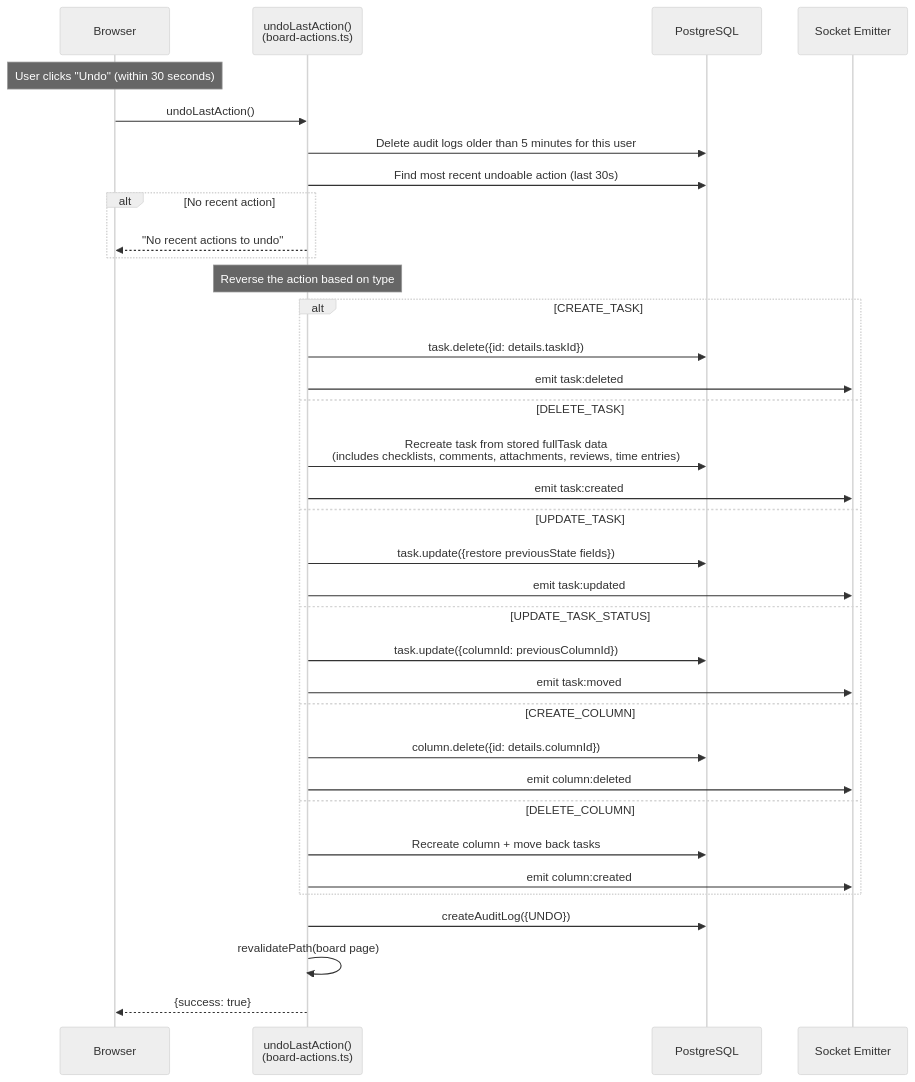
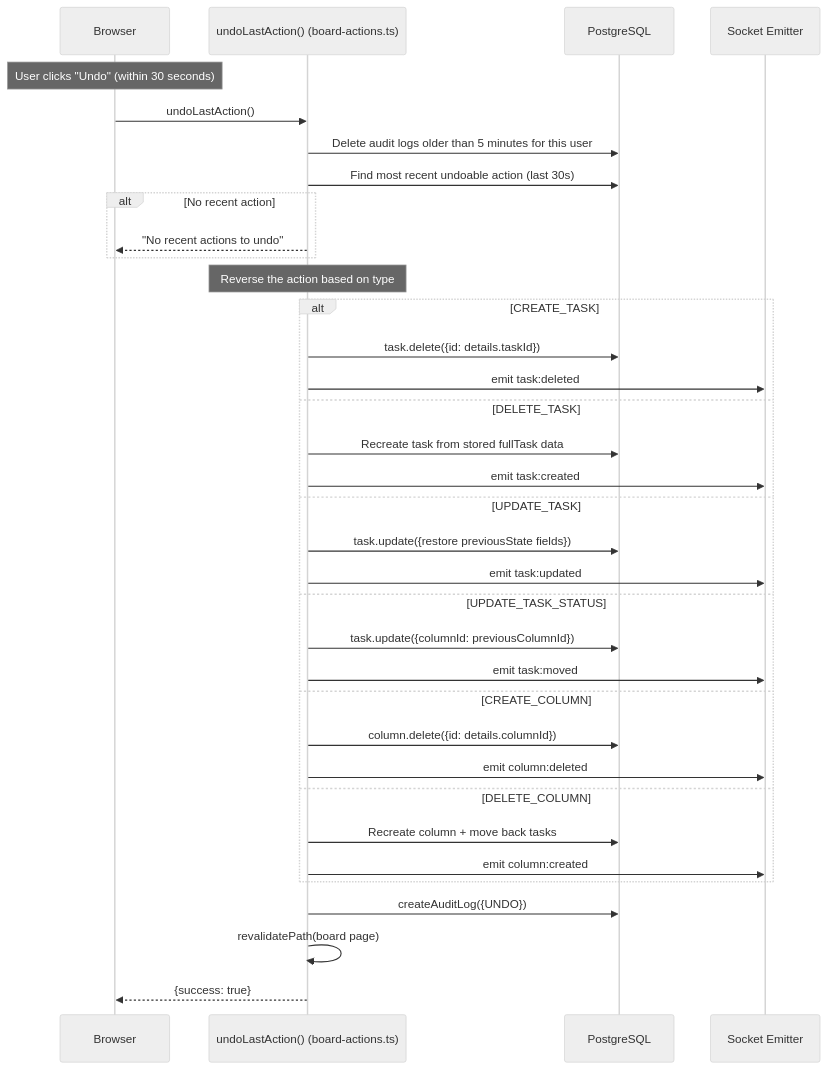
One commit to asefahmed500/Smart-Task-App_IIT_DU_Final_Project changed the seventh of 7 diagrams in docs/04-board-management.md. Above: the diagram before and after it, drawn with Mermaid (neutral theme). The commit also changed other lines of this file and 8 other files, not shown here.

Commit message:
fix: remove br tags from mermaid diagrams for GitHub rendering

````diff
--- a/docs/04-board-management.md
+++ b/docs/04-board-management.md
@@ -197,42 +197,42 @@
 ```mermaid
 sequenceDiagram
     participant Browser
-    participant Action as undoLastAction()<br/>(board-actions.ts)
+    participant Action as undoLastAction() (board-actions.ts)
     participant DB as PostgreSQL
     participant Socket as Socket Emitter
 
     Note over Browser: User clicks "Undo" (within 30 seconds)
 
     Browser->>Action: undoLastAction()
     Action->>DB: Delete audit logs older than 5 minutes for this user
     Action->>DB: Find most recent undoable action (last 30s)
     alt No recent action
         Action-->>Browser: "No recent actions to undo"
     end
 
     Note over Action: Reverse the action based on type
 
     alt CREATE_TASK
         Action->>DB: task.delete({id: details.taskId})
         Action->>Socket: emit task:deleted
     else DELETE_TASK
-        Action->>DB: Recreate task from stored fullTask data<br/>(includes checklists, comments, attachments, reviews, time entries)
+        Action->>DB: Recreate task from stored fullTask data
         Action->>Socket: emit task:created
     else UPDATE_TASK
         Action->>DB: task.update({restore previousState fields})
         Action->>Socket: emit task:updated
     else UPDATE_TASK_STATUS
         Action->>DB: task.update({columnId: previousColumnId})
         Action->>Socket: emit task:moved
     else CREATE_COLUMN
         Action->>DB: column.delete({id: details.columnId})
         Action->>Socket: emit column:deleted
     else DELETE_COLUMN
         Action->>DB: Recreate column + move back tasks
         Action->>Socket: emit column:created
     end
 
     Action->>DB: createAuditLog({UNDO})
     Action->>Action: revalidatePath(board page)
     Action-->>Browser: {success: true}
 ```
````
